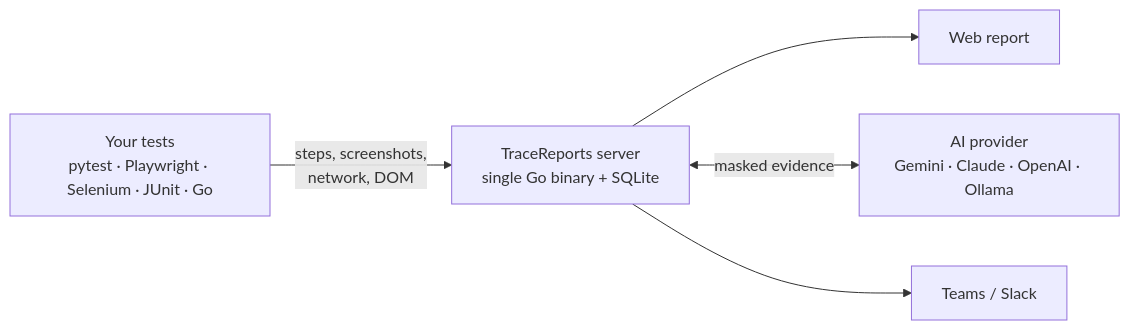
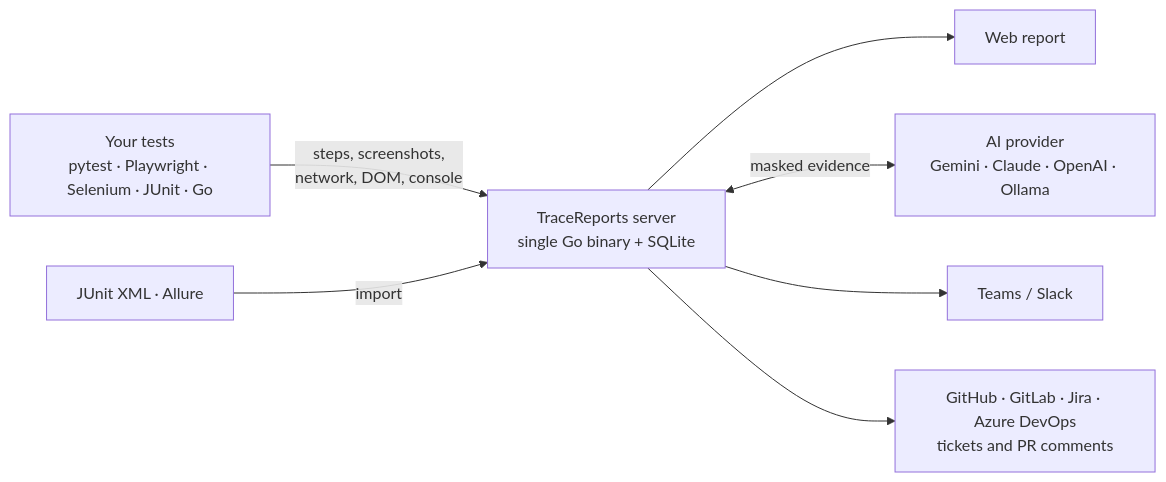
The diagram in README.md (josemiguellopez/tracereports), drawn with Mermaid before and after one commit. The commit also changed other lines of this file and 9 other files, not shown here.

````diff
--- a/README.md
+++ b/README.md
@@ -173,7 +203,9 @@
 ```mermaid
 flowchart LR
-    T["Your tests<br/>pytest · Playwright · Selenium · JUnit · Go"] -->|"steps, screenshots,<br/>network, DOM"| S["TraceReports server<br/>single Go binary + SQLite"]
+    T["Your tests<br/>pytest · Playwright · Selenium · JUnit · Go"] -->|"steps, screenshots,<br/>network, DOM, console"| S["TraceReports server<br/>single Go binary + SQLite"]
+    R["JUnit XML · Allure"] -->|import| S
     S --> UI["Web report"]
     S <-->|"masked evidence"| AI["AI provider<br/>Gemini · Claude · OpenAI · Ollama"]
     S --> N["Teams / Slack"]
+    S --> TK["GitHub · GitLab · Jira · Azure DevOps<br/>tickets and PR comments"]
 ```
````
